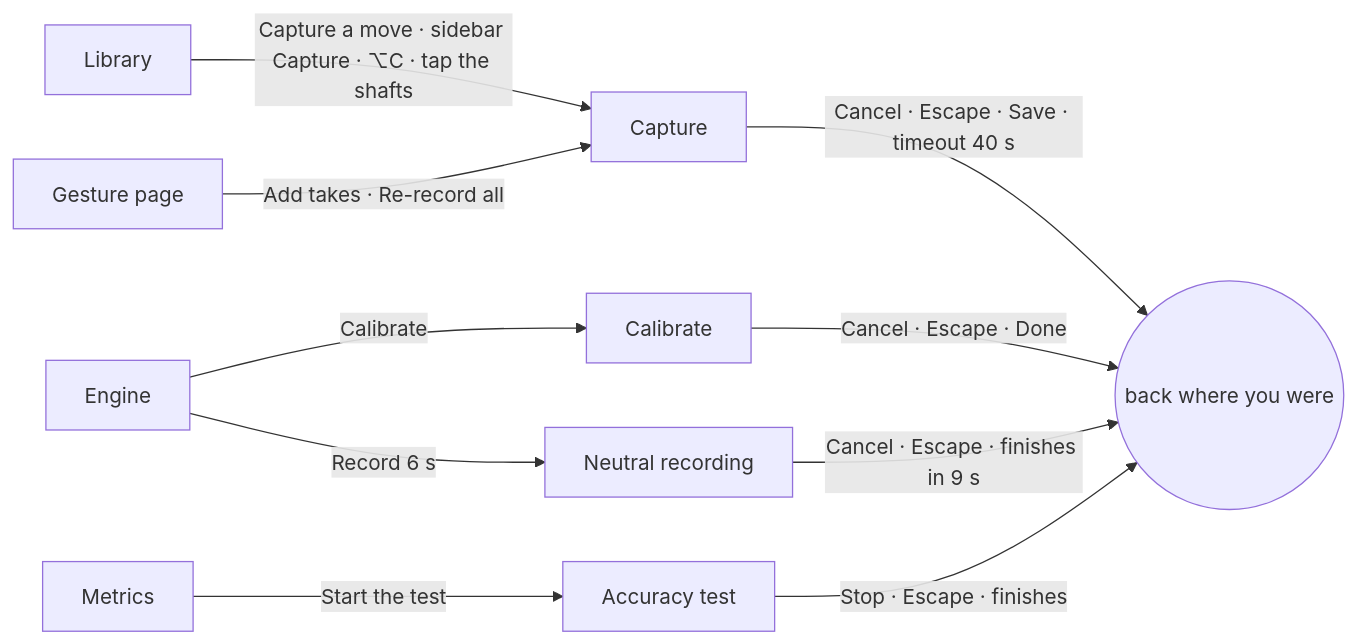
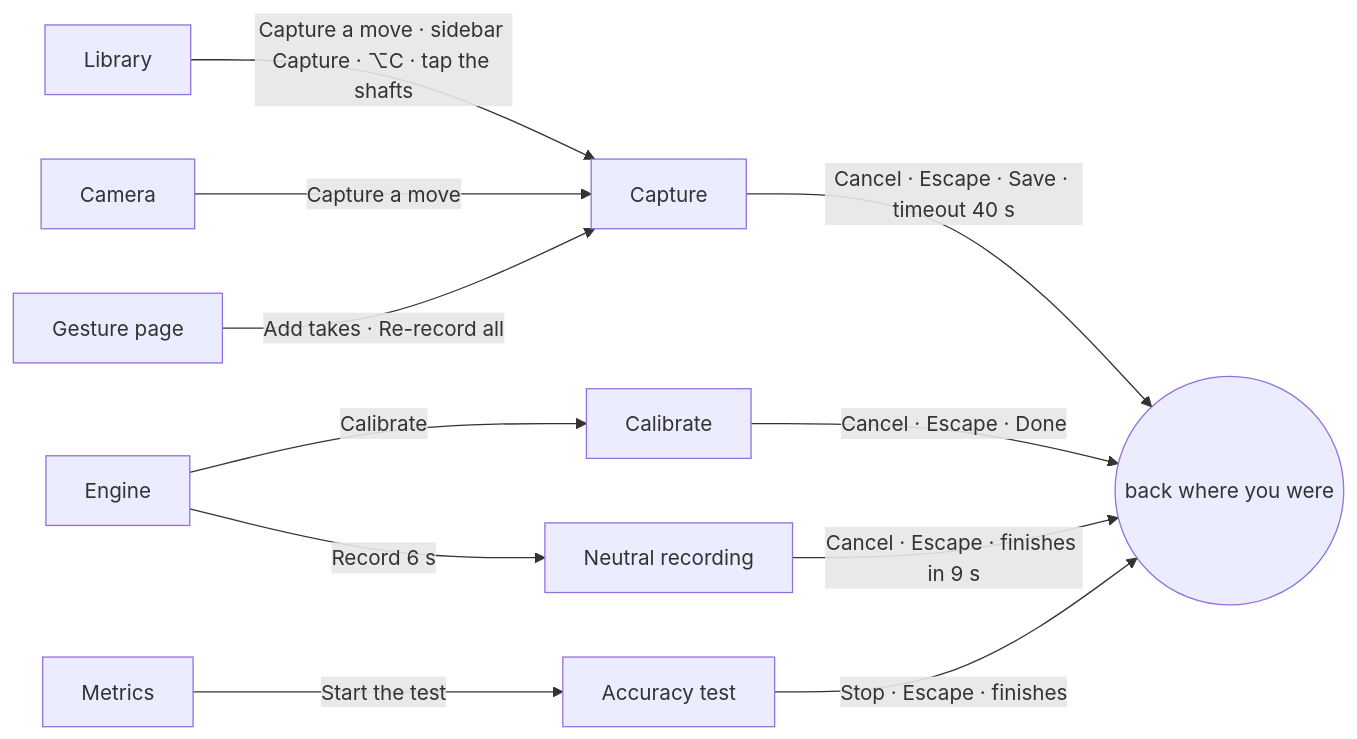
The second of 9 diagrams in docs/user-flows.md (Gordoburrito/mocap-wow), drawn with Mermaid before and after one commit. The commit also changed other lines of this file and 10 other files, not shown here.

````diff
--- a/docs/user-flows.md
+++ b/docs/user-flows.md
@@ -34,12 +35,13 @@
 ```mermaid
 flowchart LR
     Library -->|Capture a move · sidebar Capture · ⌥C · tap the shafts| Capture
+    Camera -->|Capture a move| Capture
     Gesture["Gesture page"] -->|Add takes · Re-record all| Capture
     Engine -->|Calibrate| Calibrate
     Engine -->|Record 6 s| Neutral["Neutral recording"]
     Metrics -->|Start the test| Test["Accuracy test"]
     Capture -->|Cancel · Escape · Save · timeout 40 s| Back((back where you were))
     Calibrate -->|Cancel · Escape · Done| Back
     Neutral -->|Cancel · Escape · finishes in 9 s| Back
     Test -->|Stop · Escape · finishes| Back
 ```
````
